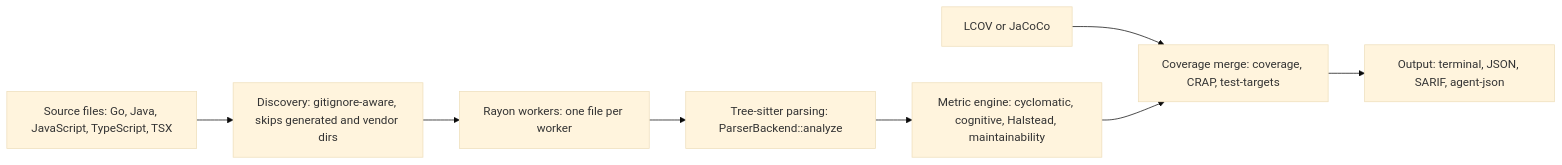
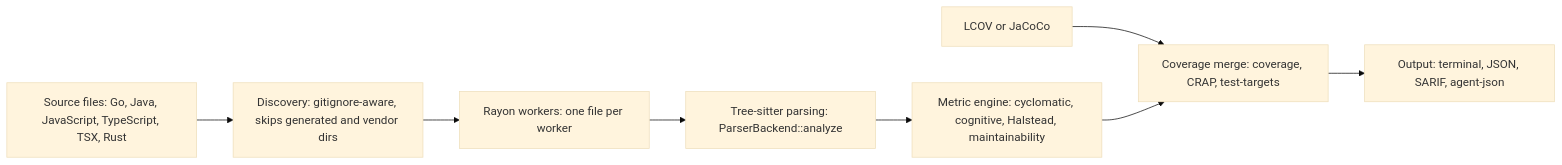
One commit to jbt95/leadline changed the first of 3 diagrams in README.md. Above: the diagram before and after it, drawn with Mermaid (base theme). The commit also changed other lines of this file and 43 other files, not shown here.

````diff
--- a/README.md
+++ b/README.md
@@ -39,10 +39,10 @@
 ```mermaid
 flowchart LR
-    Sources["Source files: Go, Java, JavaScript, TypeScript, TSX"] --> Discovery["Discovery: gitignore-aware, skips generated and vendor dirs"]
+    Sources["Source files: Go, Java, JavaScript, TypeScript, TSX, Rust"] --> Discovery["Discovery: gitignore-aware, skips generated and vendor dirs"]
     Discovery --> Workers["Rayon workers: one file per worker"]
     Workers --> Parser["Tree-sitter parsing: ParserBackend::analyze"]
     Parser --> Engine["Metric engine: cyclomatic, cognitive, Halstead, maintainability"]
     Coverage["LCOV or JaCoCo"] --> Apply["Coverage merge: coverage, CRAP, test-targets"]
     Engine --> Apply
     Apply --> Output["Output: terminal, JSON, SARIF, agent-json"]
 ```
````
